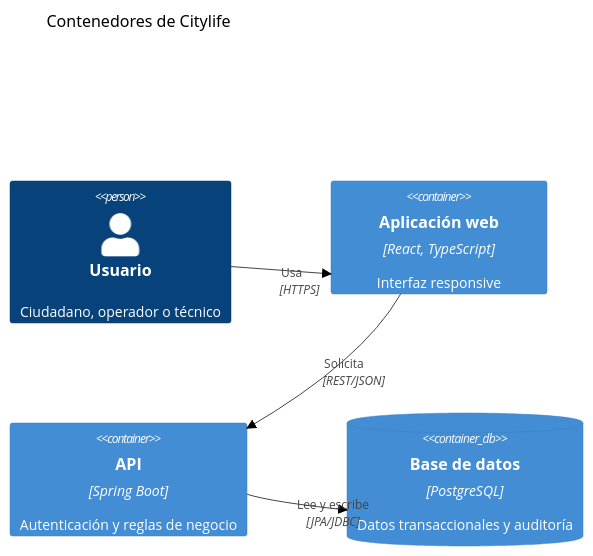
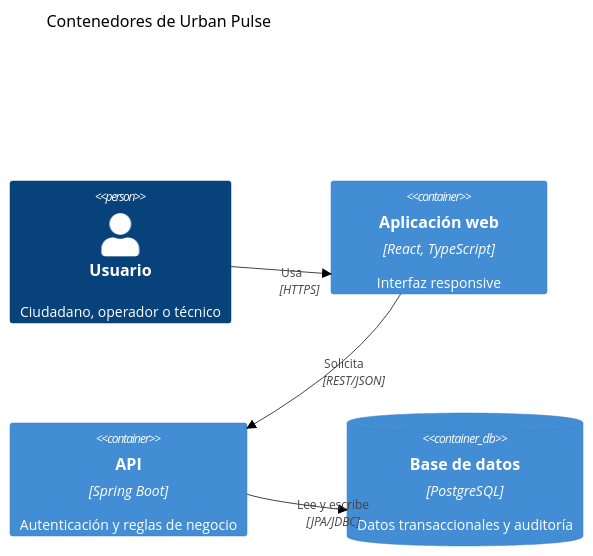
The diagram in docs/architecture/c4-containers.md (leonskalczynski/citylife), drawn with Mermaid (forest theme) before and after one commit. The commit also changed 219 other files, not shown here.

First line of the commit message:
feat: rebrand to Urban Pulse and overhaul incident operations UI

````diff
--- a/docs/architecture/c4-containers.md
+++ b/docs/architecture/c4-containers.md
@@ -3,11 +3,11 @@
 ```mermaid
 C4Container
-  title Contenedores de Citylife
+  title Contenedores de Urban Pulse
   Person(user, "Usuario", "Ciudadano, operador o técnico")
   Container(spa, "Aplicación web", "React, TypeScript", "Interfaz responsive")
   Container(api, "API", "Spring Boot", "Autenticación y reglas de negocio")
   ContainerDb(db, "Base de datos", "PostgreSQL", "Datos transaccionales y auditoría")
   Rel(user, spa, "Usa", "HTTPS")
   Rel(spa, api, "Solicita", "REST/JSON")
   Rel(api, db, "Lee y escribe", "JPA/JDBC")
 ```
````
